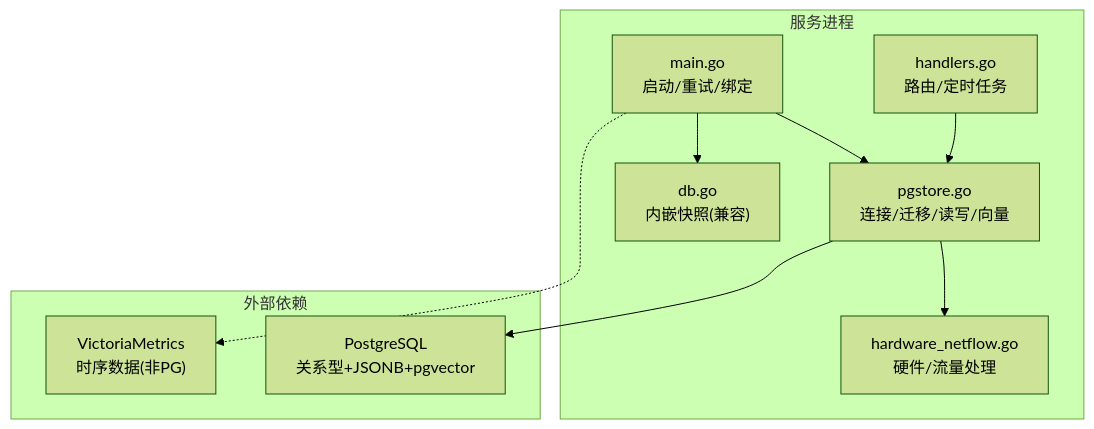
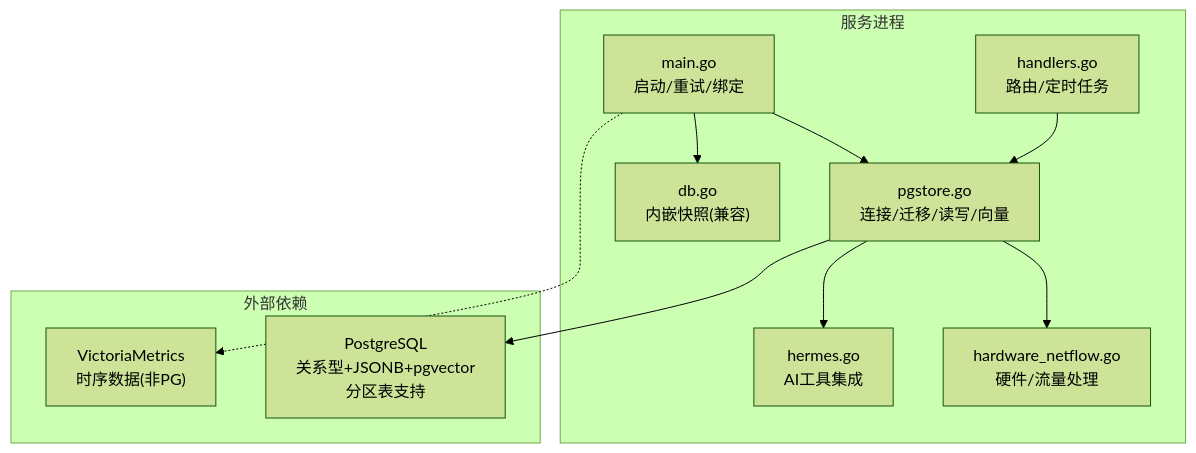
One commit to sreyun/aiops-monitor changed the first of 8 diagrams in .qoder/repowiki/zh/content/架构设计/服务端架构/存储层架构/PostgreSQL 持久化集成.md. Above: the diagram before and after it, drawn with Mermaid (forest theme). The commit also changed other lines of this file and 41 other files, not shown here.

````diff
--- a/.qoder/repowiki/zh/content/架构设计/服务端架构/存储层架构/PostgreSQL 持久化集成.md
+++ b/.qoder/repowiki/zh/content/架构设计/服务端架构/存储层架构/PostgreSQL 持久化集成.md
@@ -51,20 +56,22 @@
 ```mermaid
 graph TB
 subgraph "服务进程"
 MAIN["main.go<br/>启动/重试/绑定"]
 PGSTORE["pgstore.go<br/>连接/迁移/读写/向量"]
 HWNETFLOW["hardware_netflow.go<br/>硬件/流量处理"]
 HANDLERS["handlers.go<br/>路由/定时任务"]
+HERMES["hermes.go<br/>AI工具集成"]
 DBSNAP["db.go<br/>内嵌快照(兼容)"]
 end
 subgraph "外部依赖"
-PG["PostgreSQL<br/>关系型+JSONB+pgvector"]
+PG["PostgreSQL<br/>关系型+JSONB+pgvector<br/>分区表支持"]
 VM["VictoriaMetrics<br/>时序数据(非PG)"]
 end
 MAIN --> PGSTORE
 MAIN --> DBSNAP
 PGSTORE --> HWNETFLOW
+PGSTORE --> HERMES
 HANDLERS --> PGSTORE
 PGSTORE --> PG
 MAIN -.-> VM
 ```
````
